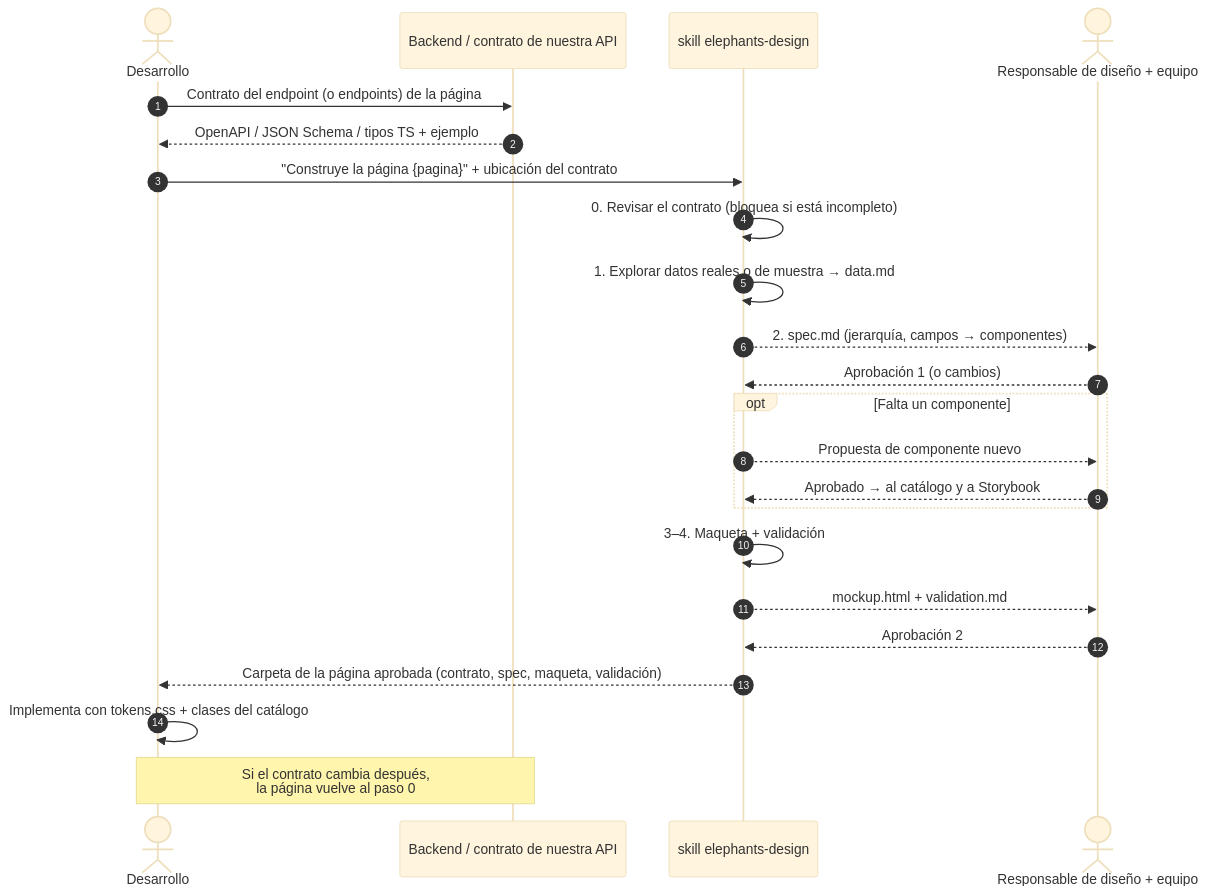
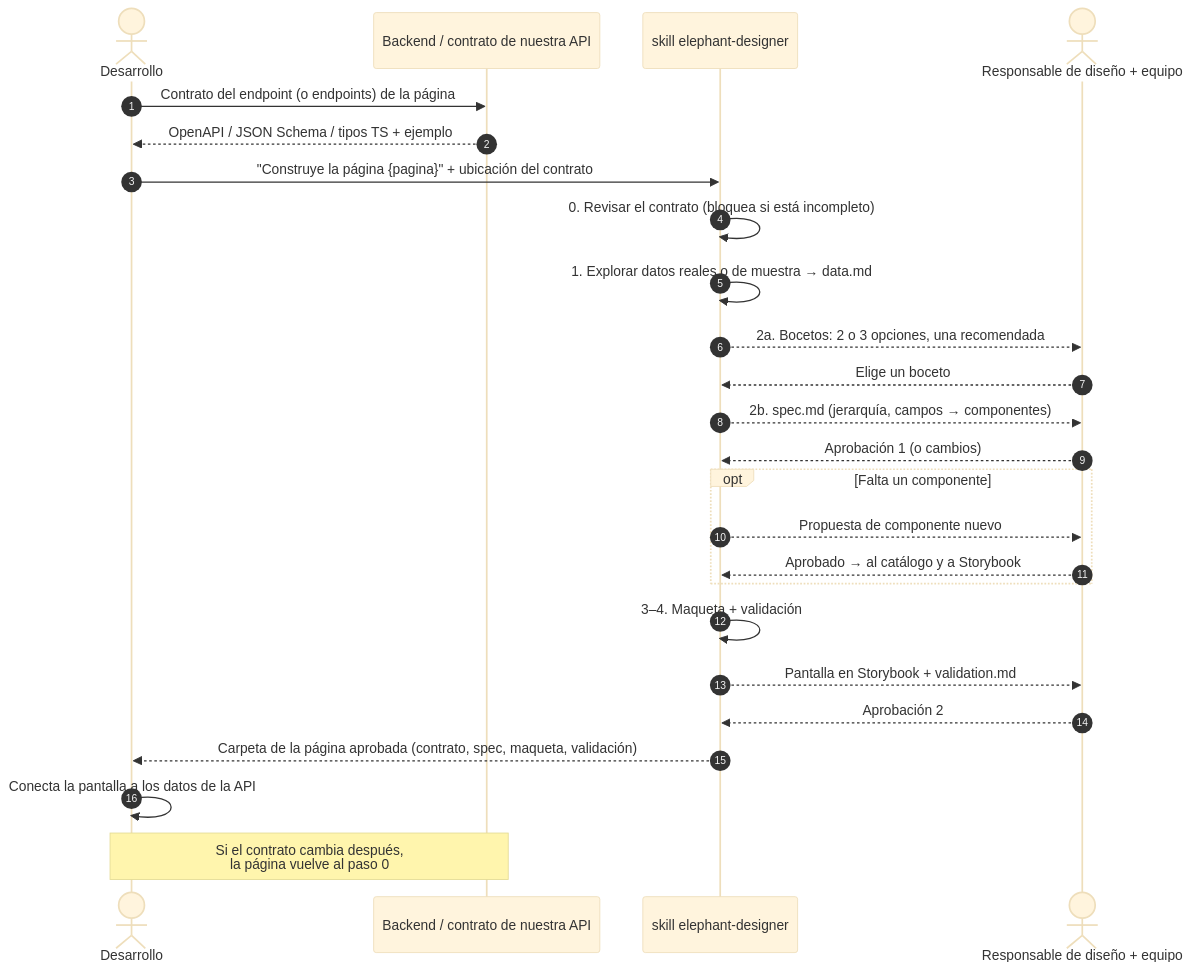
The fourth of 4 diagrams in docs/design/design-flow.md (EKOU-Solutions/EKOU-Elephants), drawn with Mermaid (base theme) before and after one commit. The commit also changed other lines of this file and 59 other files, not shown here.

````diff
--- a/docs/design/design-flow.md
+++ b/docs/design/design-flow.md
@@ -76,26 +82,28 @@
 ```mermaid
 sequenceDiagram
   autonumber
   actor Dev as Desarrollo
   participant BE as Backend / contrato de nuestra API
-  participant Skill as skill elephants-design
+  participant Skill as skill elephant-designer
   actor PO as Responsable de diseño + equipo
 
   Dev->>BE: Contrato del endpoint (o endpoints) de la página
   BE-->>Dev: OpenAPI / JSON Schema / tipos TS + ejemplo
   Dev->>Skill: "Construye la página {pagina}" + ubicación del contrato
   Skill->>Skill: 0. Revisar el contrato (bloquea si está incompleto)
   Skill->>Skill: 1. Explorar datos reales o de muestra → data.md
-  Skill-->>PO: 2. spec.md (jerarquía, campos → componentes)
+  Skill-->>PO: 2a. Bocetos: 2 o 3 opciones, una recomendada
+  PO-->>Skill: Elige un boceto
+  Skill-->>PO: 2b. spec.md (jerarquía, campos → componentes)
   PO-->>Skill: Aprobación 1 (o cambios)
   opt Falta un componente
     Skill-->>PO: Propuesta de componente nuevo
     PO-->>Skill: Aprobado → al catálogo y a Storybook
   end
   Skill->>Skill: 3–4. Maqueta + validación
-  Skill-->>PO: mockup.html + validation.md
+  Skill-->>PO: Pantalla en Storybook + validation.md
   PO-->>Skill: Aprobación 2
   Skill-->>Dev: Carpeta de la página aprobada (contrato, spec, maqueta, validación)
-  Dev->>Dev: Implementa con tokens.css + clases del catálogo
+  Dev->>Dev: Conecta la pantalla a los datos de la API
   Note over Dev,BE: Si el contrato cambia después,<br/>la página vuelve al paso 0
 ```
````
